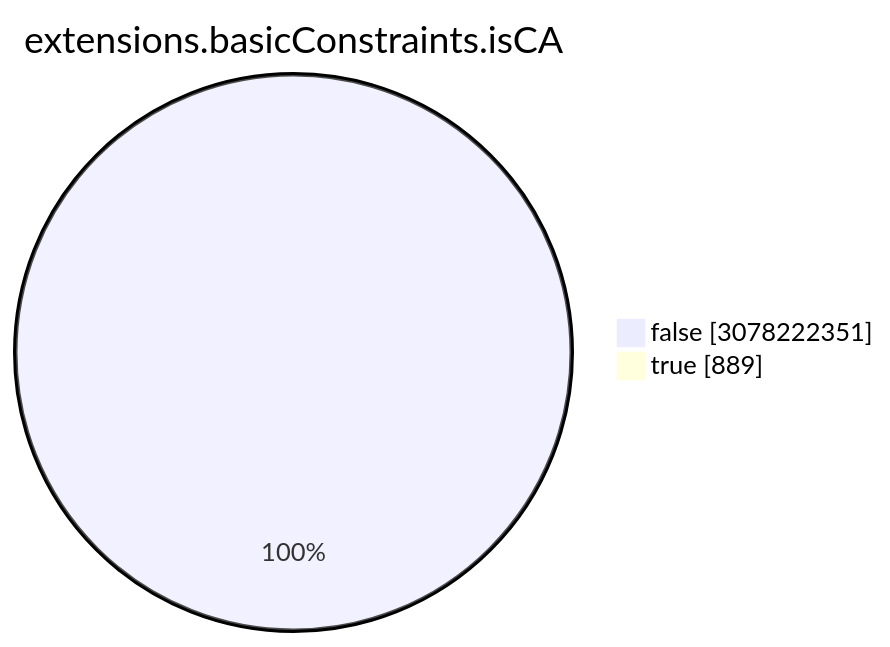
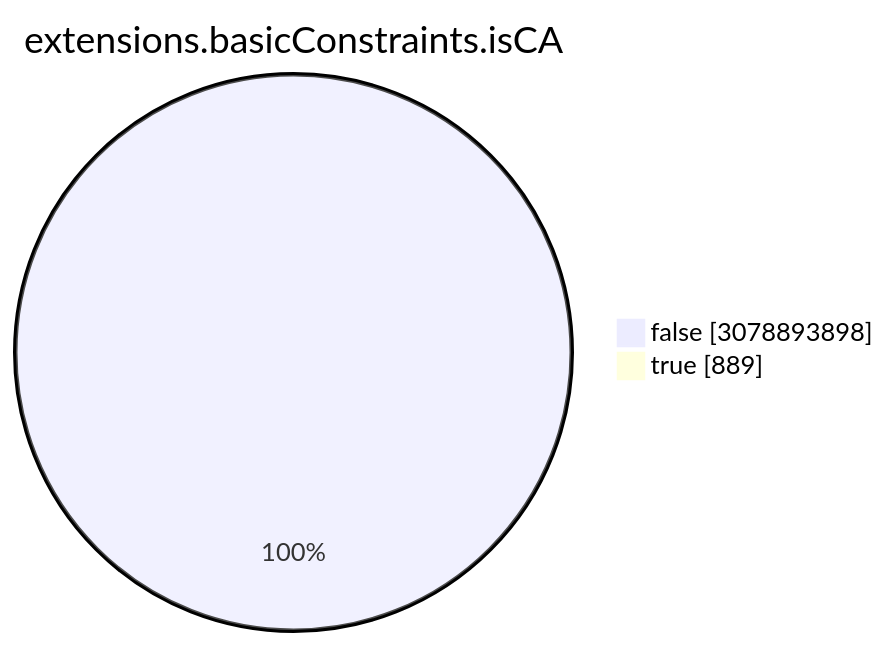
One commit to christiankrug/ctmonitor_visualization changed the seventh of 15 diagrams in TOTAL/README.md. Above: the diagram before and after it, drawn with Mermaid. The commit also changed other lines of this file, not shown here.

````diff
--- a/TOTAL/README.md
+++ b/TOTAL/README.md
@@ -3086,6 +3086,6 @@
 ```mermaid
 pie showData
 title extensions.basicConstraints.isCA
-"false" :3078222351
+"false" :3078893898
 "true" :889
 ```
````
